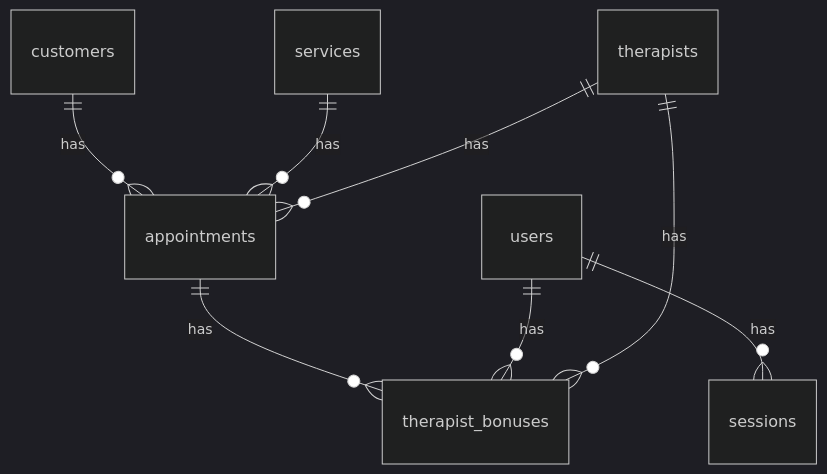
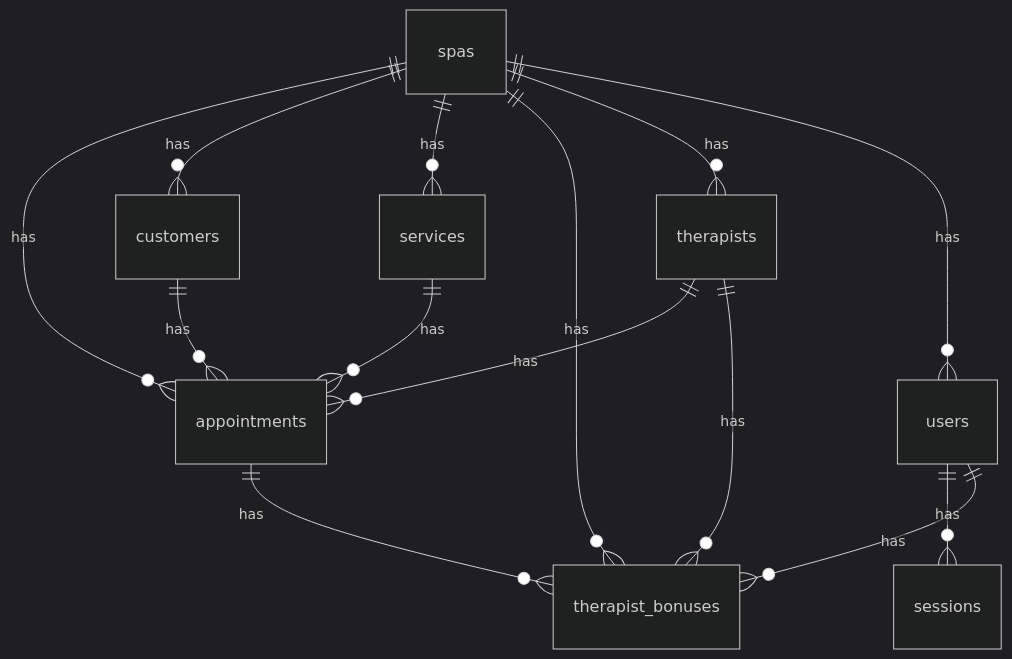
The diagram in docs/schema.md (ashfaq11/management-backend), drawn with Mermaid (dark theme) before and after one commit. The commit also changed other lines of this file and 4 other files, not shown here.

````diff
--- a/docs/schema.md
+++ b/docs/schema.md
@@ -8,10 +8,16 @@
 ```mermaid
 erDiagram
   customers ||--o{ appointments : has
   services ||--o{ appointments : has
+  spas ||--o{ appointments : has
   therapists ||--o{ appointments : has
+  spas ||--o{ customers : has
+  spas ||--o{ services : has
   users ||--o{ sessions : has
   appointments ||--o{ therapist_bonuses : has
   users ||--o{ therapist_bonuses : has
+  spas ||--o{ therapist_bonuses : has
   therapists ||--o{ therapist_bonuses : has
+  spas ||--o{ therapists : has
+  spas ||--o{ users : has
 ```
````
